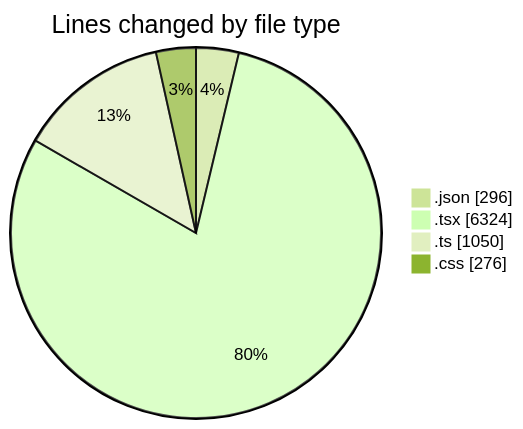
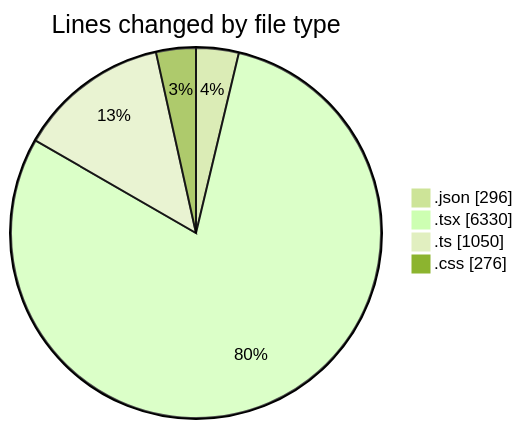
The first of 2 diagrams in 2025-10-07/eventscop-frontend-guide__workspace_/README.md (julien-gomy/code-tracking), drawn with Mermaid (forest theme) before and after one commit. The commit also changed other lines of this file and 1 other file, not shown here.

````diff
--- a/2025-10-07/eventscop-frontend-guide__workspace_/README.md
+++ b/2025-10-07/eventscop-frontend-guide__workspace_/README.md
@@ -63,8 +63,8 @@
 ```mermaid
 pie showData
 title Lines changed by file type
 ".json" : 296
-".tsx" : 6324
+".tsx" : 6330
 ".ts" : 1050
 ".css" : 276
 ```
````
